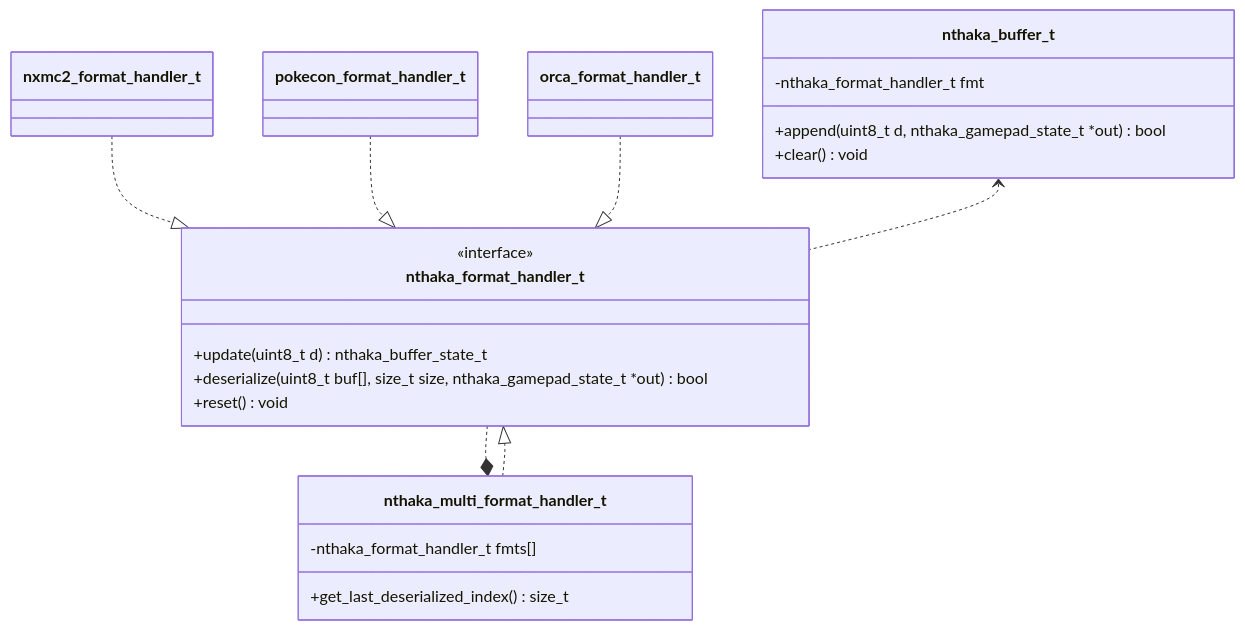
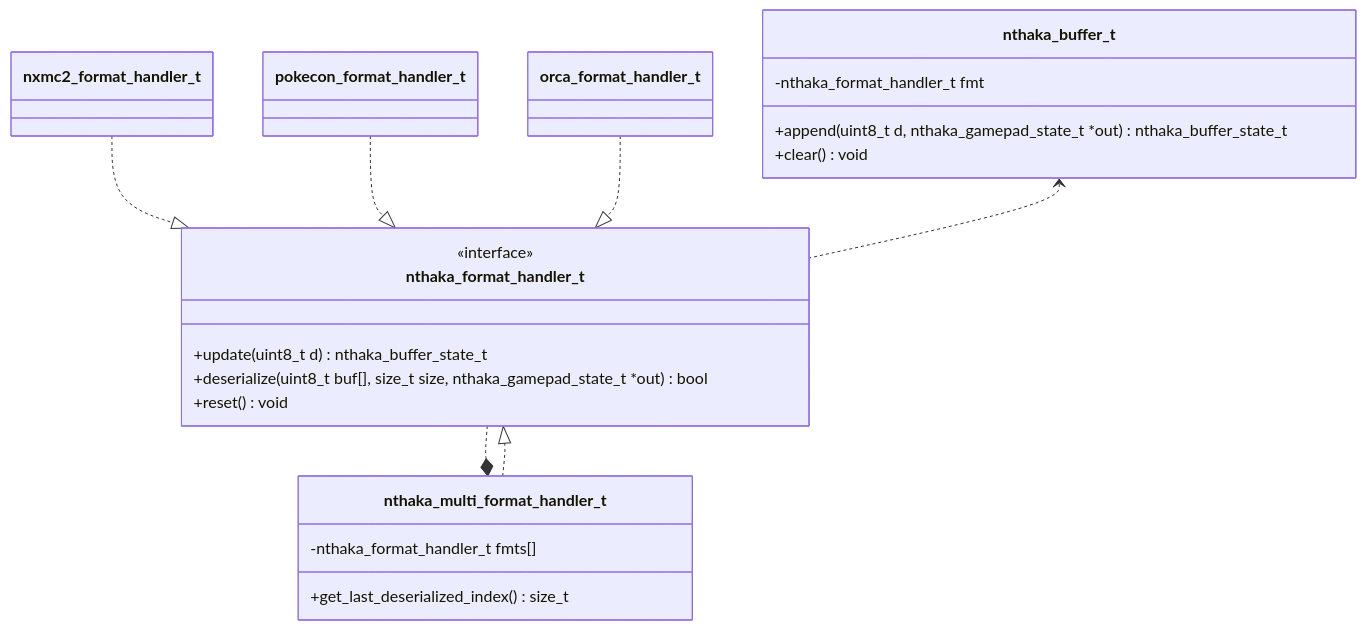
Before and after one commit to mizuyoukanao/nthaka-wiimote: the diagram in README.md, drawn with Mermaid. The commit also changed 9 other files, not shown here.

````diff
--- a/README.md
+++ b/README.md
@@ -17,31 +17,31 @@
 ```mermaid
 classDiagram
   class nthaka_format_handler_t
   <<interface>> nthaka_format_handler_t
   nthaka_format_handler_t : +update(uint8_t d) nthaka_buffer_state_t
   nthaka_format_handler_t : +deserialize(uint8_t buf[], size_t size, nthaka_gamepad_state_t *out) bool
   nthaka_format_handler_t : +reset() void
 
   class nxmc2_format_handler_t
   nxmc2_format_handler_t ..|> nthaka_format_handler_t
 
   class pokecon_format_handler_t
   pokecon_format_handler_t ..|> nthaka_format_handler_t
 
   class orca_format_handler_t
   orca_format_handler_t ..|> nthaka_format_handler_t
 
   class nthaka_multi_format_handler_t
   nthaka_multi_format_handler_t ..|> nthaka_format_handler_t
   nthaka_multi_format_handler_t : -nthaka_format_handler_t fmts[]
   nthaka_multi_format_handler_t : +get_last_deserialized_index() size_t
 
   nthaka_format_handler_t ..* nthaka_multi_format_handler_t
   
   class nthaka_buffer_t
   nthaka_buffer_t : -nthaka_format_handler_t fmt
-  nthaka_buffer_t : +append(uint8_t d, nthaka_gamepad_state_t *out) bool
+  nthaka_buffer_t : +append(uint8_t d, nthaka_gamepad_state_t *out) nthaka_buffer_state_t
   nthaka_buffer_t : +clear() void
 
   nthaka_buffer_t <.. nthaka_format_handler_t
 ```
````
